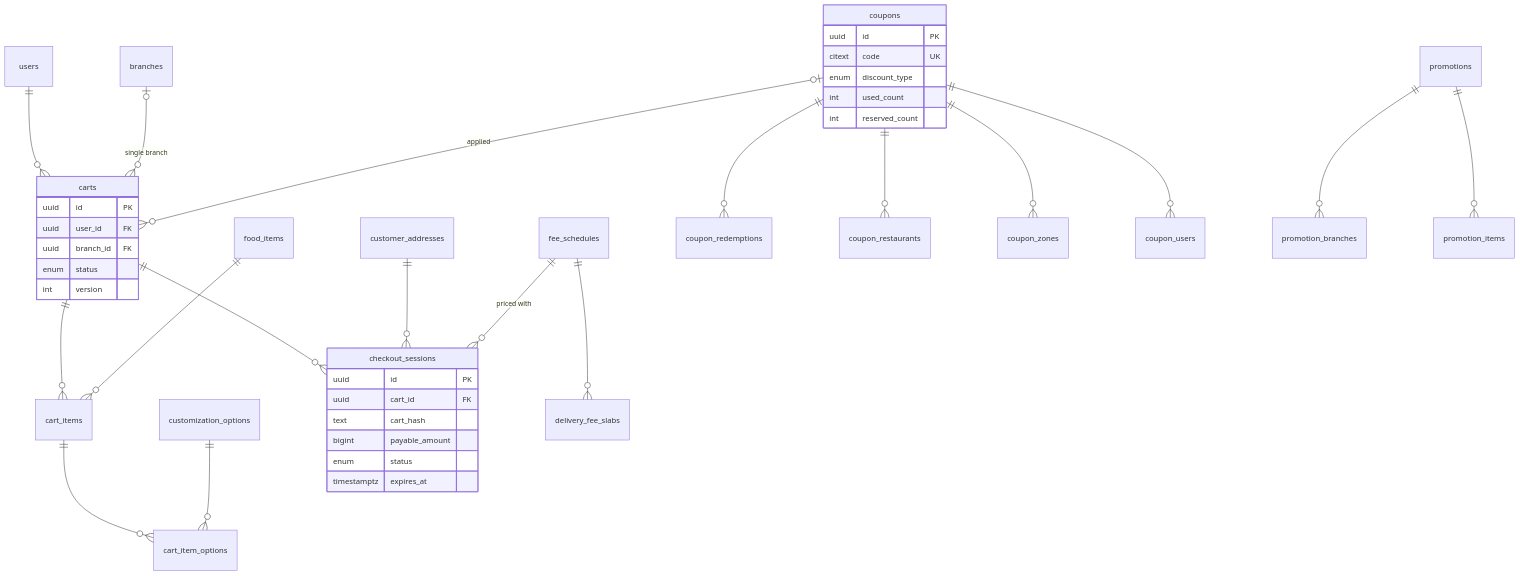
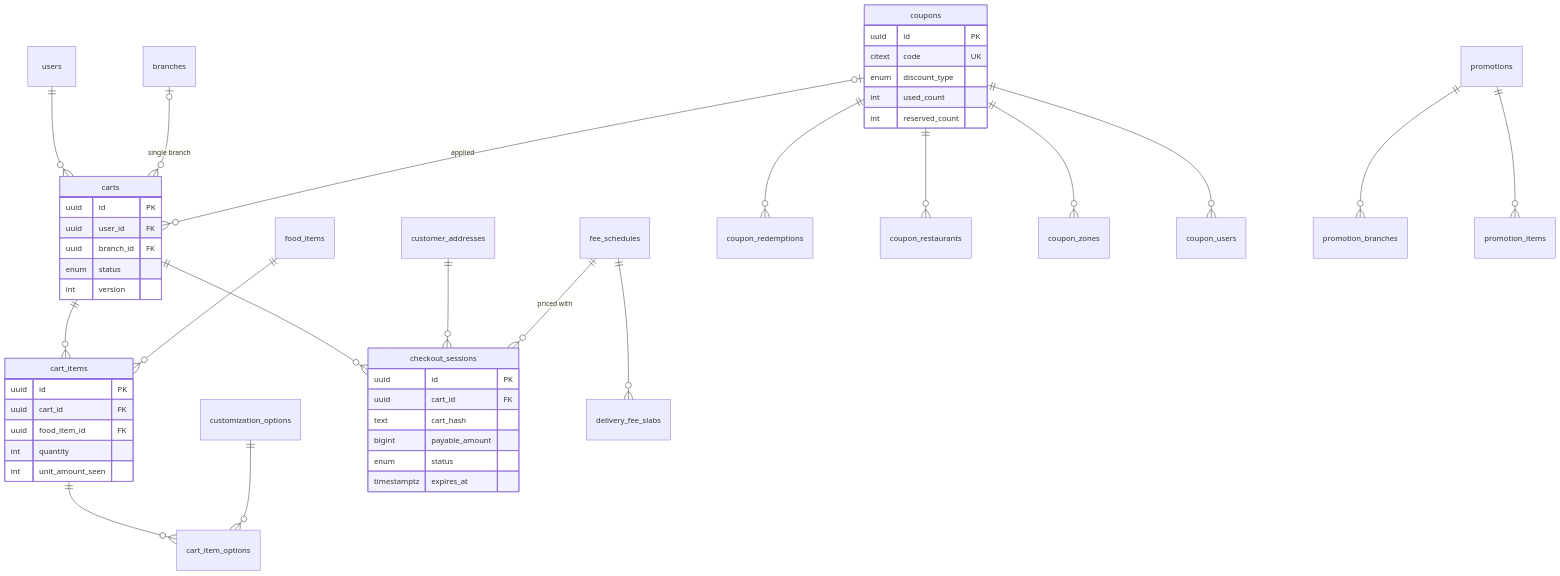
One commit to shaswat-shrey/FoodOrderingSystem changed the fourth of 8 diagrams in docs/database/ERD.md. Above: the diagram before and after it, drawn with Mermaid. The commit also changed other lines of this file and 20 other files, not shown here.

Commit message:
docs: demo guide, known limitations, future roadmap; Phase 14 status (SRS v0.11.2)

````diff
--- a/docs/database/ERD.md
+++ b/docs/database/ERD.md
@@ -147,42 +147,49 @@
 ```mermaid
 erDiagram
   users ||--o{ carts : ""
   branches |o--o{ carts : "single branch"
   carts ||--o{ cart_items : ""
   cart_items ||--o{ cart_item_options : ""
   food_items ||--o{ cart_items : ""
   customization_options ||--o{ cart_item_options : ""
   carts ||--o{ checkout_sessions : ""
   customer_addresses ||--o{ checkout_sessions : ""
   fee_schedules ||--o{ delivery_fee_slabs : ""
   fee_schedules ||--o{ checkout_sessions : "priced with"
   coupons |o--o{ carts : "applied"
   coupons ||--o{ coupon_redemptions : ""
   coupons ||--o{ coupon_restaurants : ""
   coupons ||--o{ coupon_zones : ""
   coupons ||--o{ coupon_users : ""
   promotions ||--o{ promotion_branches : ""
   promotions ||--o{ promotion_items : ""
   carts {
     uuid id PK
     uuid user_id FK
     uuid branch_id FK
     enum status
     int version
   }
+  cart_items {
+    uuid id PK
+    uuid cart_id FK
+    uuid food_item_id FK
+    int quantity
+    int unit_amount_seen
+  }
   checkout_sessions {
     uuid id PK
     uuid cart_id FK
     text cart_hash
     bigint payable_amount
     enum status
     timestamptz expires_at
   }
   coupons {
     uuid id PK
     citext code UK
     enum discount_type
     int used_count
     int reserved_count
   }
 ```
````
